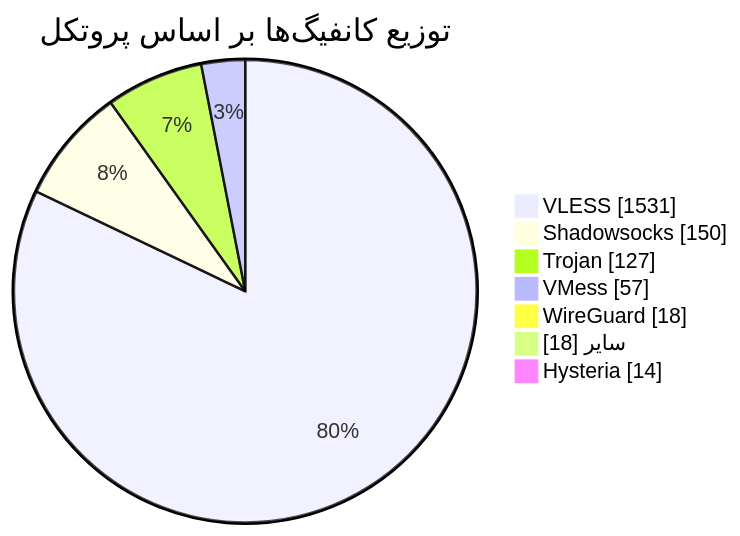
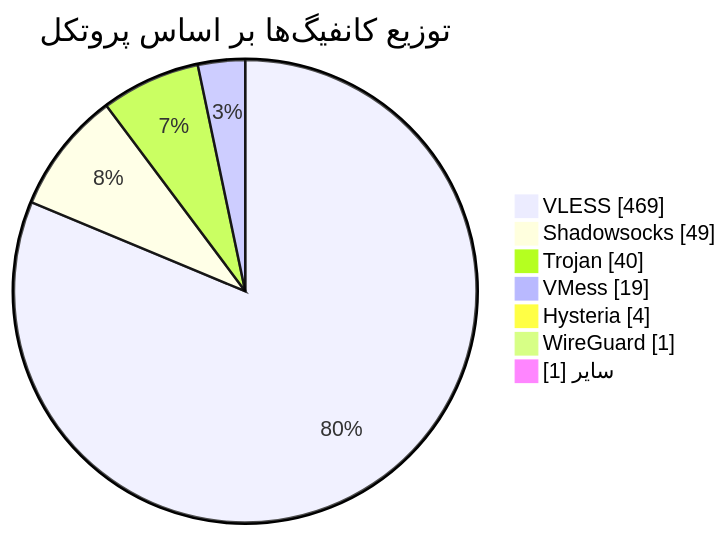
The diagram in README.md (Arian-Alijani/Somthing), drawn with Mermaid before and after one commit. The commit also changed other lines of this file and 21 other files, not shown here.

````diff
--- a/README.md
+++ b/README.md
@@ -49,11 +49,11 @@
 ```mermaid
 pie showData
     title توزیع کانفیگ‌ها بر اساس پروتکل
-    "VLESS" : 1531
-    "Shadowsocks" : 150
-    "Trojan" : 127
-    "VMess" : 57
-    "WireGuard" : 18
-    "سایر" : 18
-    "Hysteria" : 14
+    "VLESS" : 469
+    "Shadowsocks" : 49
+    "Trojan" : 40
+    "VMess" : 19
+    "Hysteria" : 4
+    "WireGuard" : 1
+    "سایر" : 1
 ```
````
